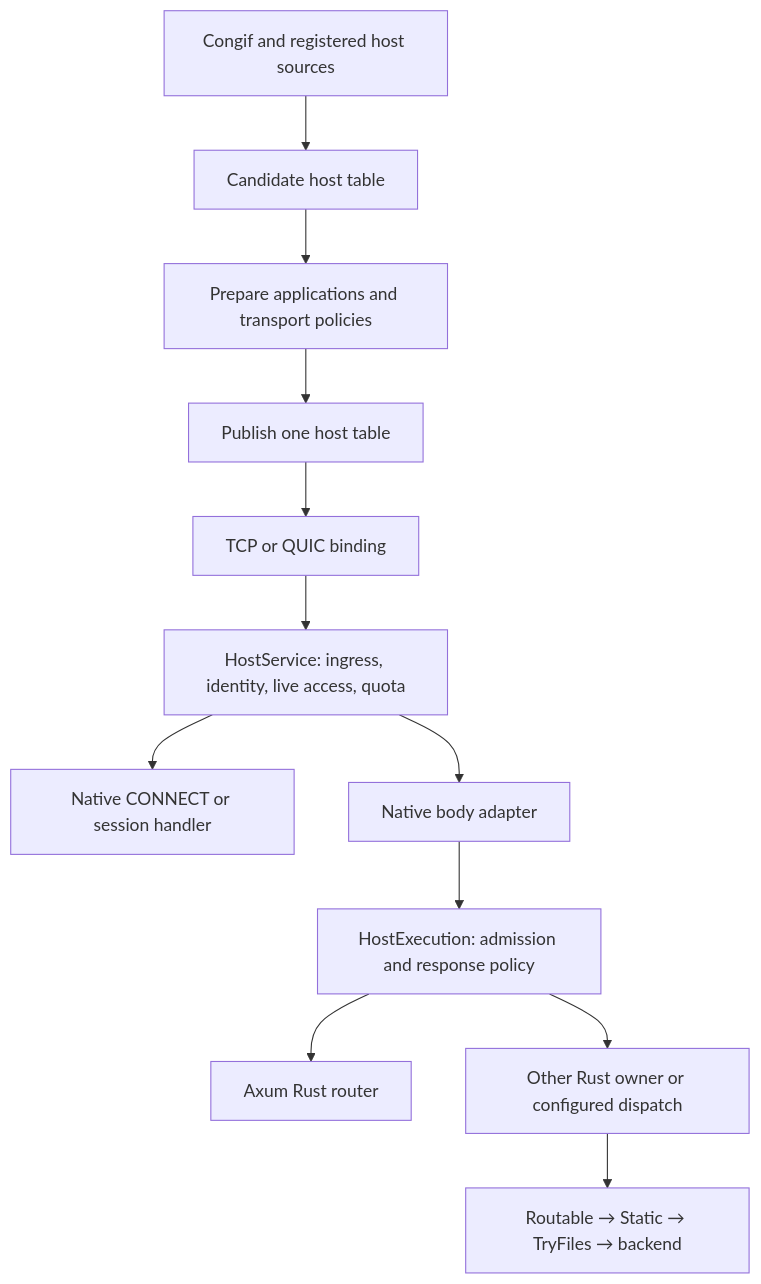
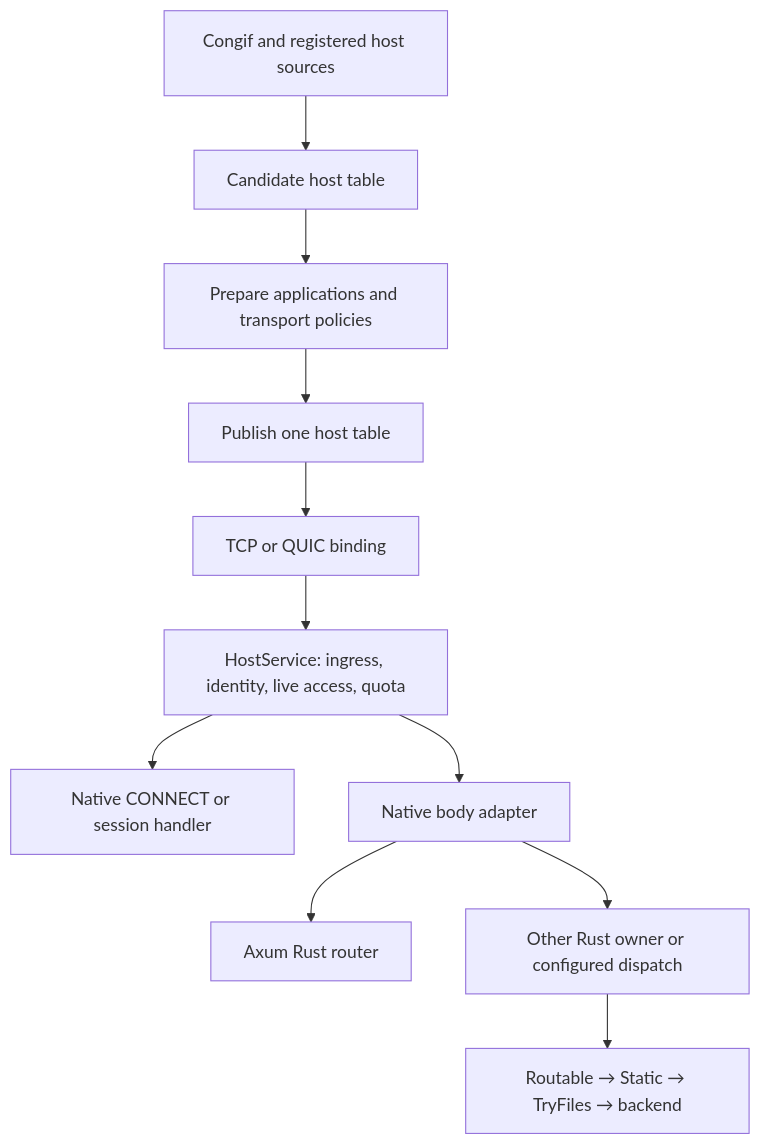
The diagram in crates/edge/ARCHITECTURE.md (claviron/claviron), drawn with Mermaid before and after one commit. The commit also changed other lines of this file and 6 other files, not shown here.

Commit message:
Remove the fixed host execution policy wrapper

````diff
--- a/crates/edge/ARCHITECTURE.md
+++ b/crates/edge/ARCHITECTURE.md
@@ -15,14 +15,13 @@
 ```mermaid
 flowchart TD
     Config[Congif and registered host sources] --> Loader[Candidate host table]
     Loader --> Prepare[Prepare applications and transport policies]
     Prepare --> Publish[Publish one host table]
     Publish --> Transport[TCP or QUIC binding]
     Transport --> Host[HostService: ingress, identity, live access, quota]
     Host --> Session[Native CONNECT or session handler]
     Host --> Body[Native body adapter]
-    Body --> Execute[HostExecution: admission and response policy]
-    Execute --> Axum[Axum Rust router]
-    Execute --> Other[Other Rust owner or configured dispatch]
+    Body --> Axum[Axum Rust router]
+    Body --> Other[Other Rust owner or configured dispatch]
     Other --> Chain[Routable → Static → TryFiles → backend]
 ```
````
